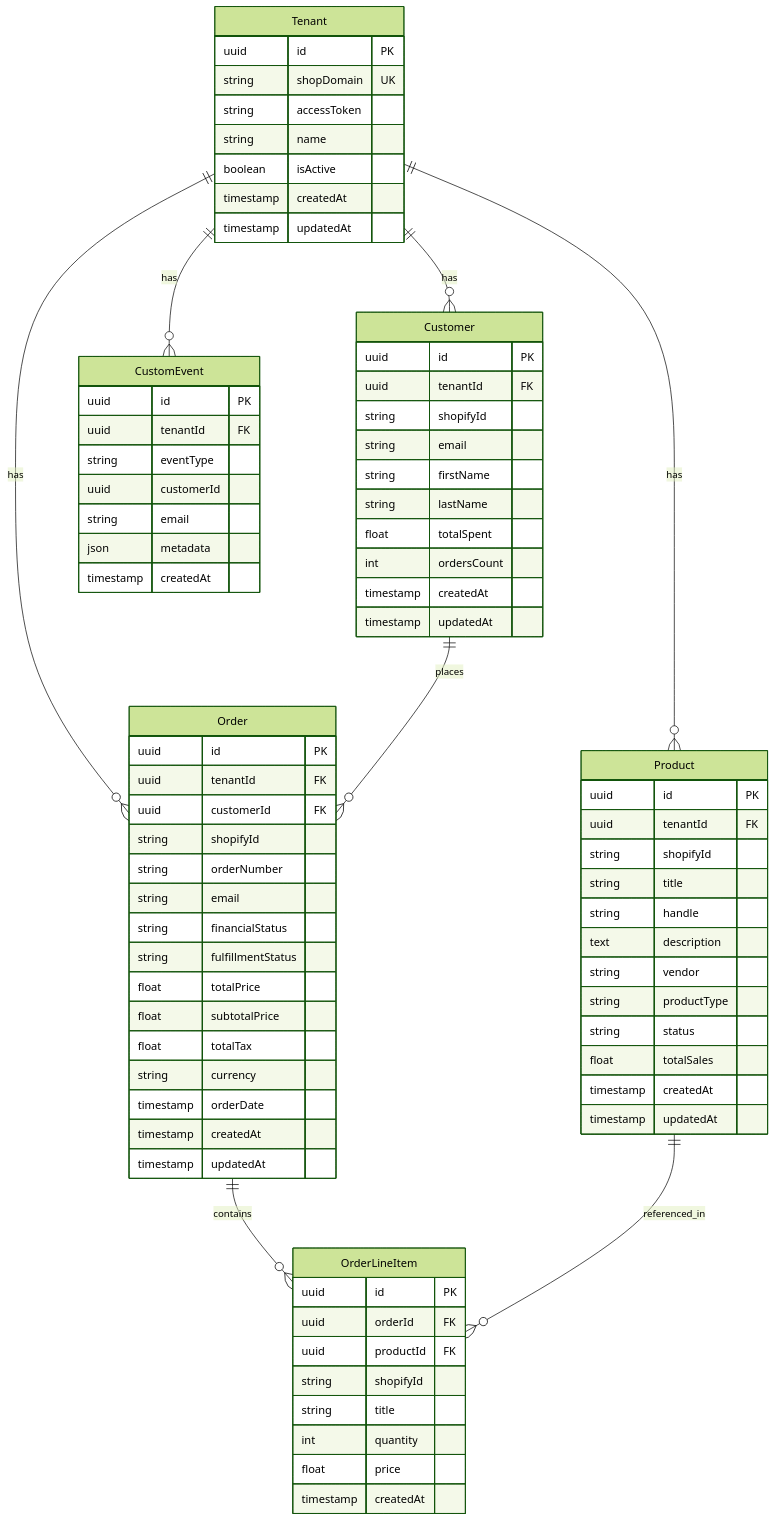
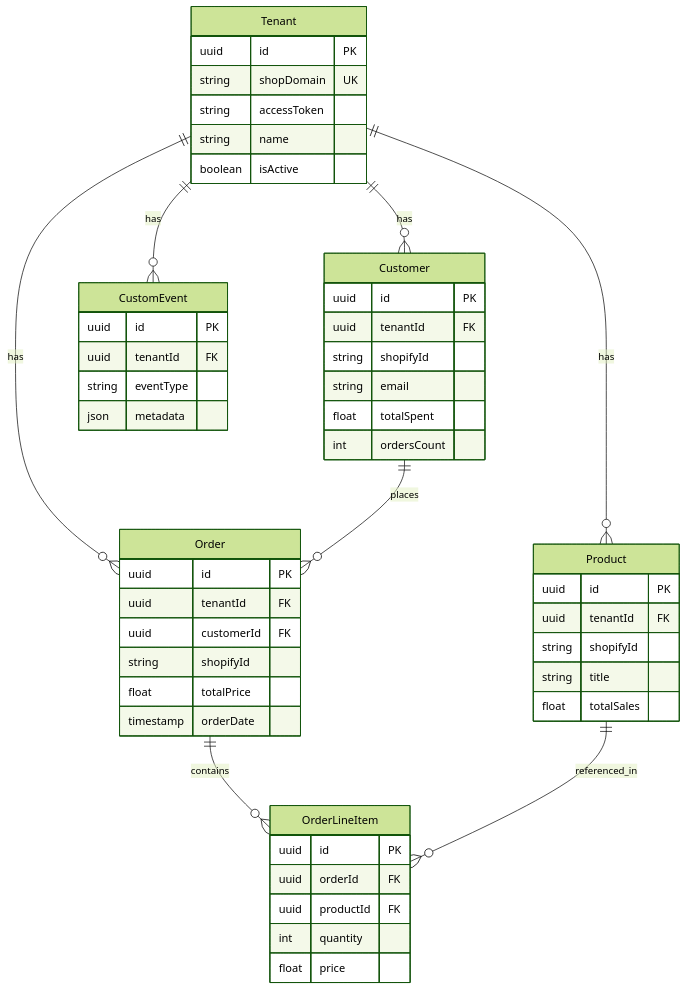
One commit to Nishu-06/Xeno-Shopify changed the second of 2 diagrams in README.md. Above: the diagram before and after it, drawn with Mermaid (forest theme).

Commit message:
Updated environment configuration and ready for deployment

````diff
--- a/README.md
+++ b/README.md
@@ -281,8 +281,6 @@
         string accessToken
         string name
         boolean isActive
-        timestamp createdAt
-        timestamp updatedAt
     }
 
     Customer {
@@ -290,12 +288,8 @@
         uuid tenantId FK
         string shopifyId
         string email
-        string firstName
-        string lastName
         float totalSpent
         int ordersCount
-        timestamp createdAt
-        timestamp updatedAt
     }
 
     Order {
@@ -303,17 +297,8 @@
         uuid tenantId FK
         uuid customerId FK
         string shopifyId
-        string orderNumber
-        string email
-        string financialStatus
-        string fulfillmentStatus
         float totalPrice
-        float subtotalPrice
-        float totalTax
-        string currency
         timestamp orderDate
-        timestamp createdAt
-        timestamp updatedAt
     }
 
     Product {
@@ -321,34 +306,21 @@
         uuid tenantId FK
         string shopifyId
         string title
-        string handle
-        text description
-        string vendor
-        string productType
-        string status
         float totalSales
-        timestamp createdAt
-        timestamp updatedAt
     }
 
     OrderLineItem {
         uuid id PK
         uuid orderId FK
         uuid productId FK
-        string shopifyId
-        string title
         int quantity
         float price
-        timestamp createdAt
     }
 
     CustomEvent {
         uuid id PK
         uuid tenantId FK
         string eventType
-        uuid customerId
-        string email
         json metadata
-        timestamp createdAt
     }
 ```
````
